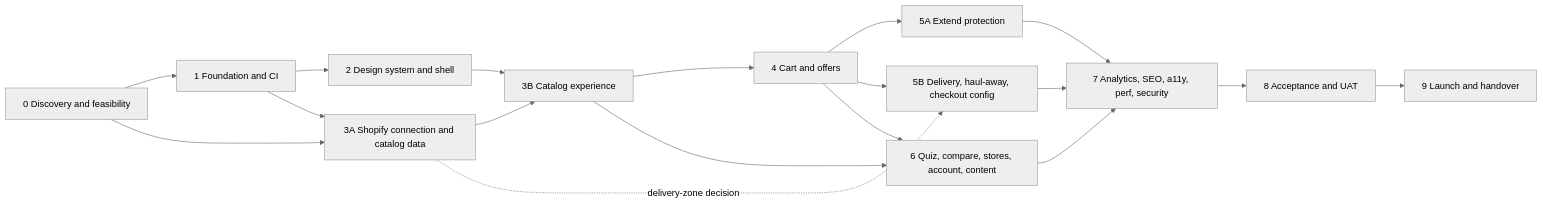
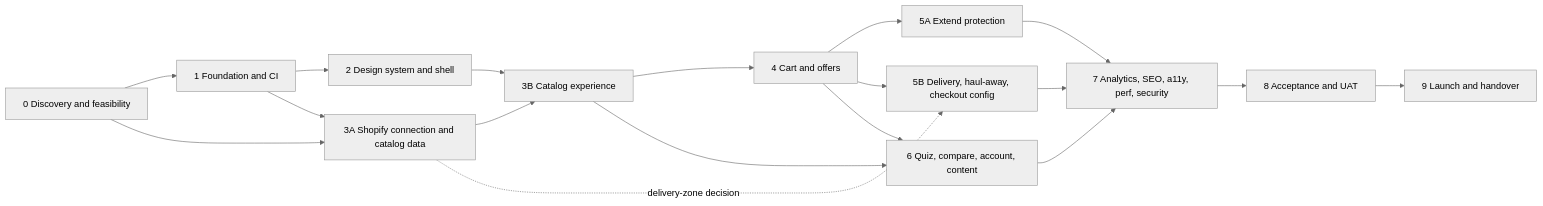
The diagram in plans/ROADMAP.md (ShubhamDhimanDev/mattress-fitness), drawn with Mermaid (neutral theme) before and after one commit. The commit also changed other lines of this file and 49 other files, not shown here.

````diff
--- a/plans/ROADMAP.md
+++ b/plans/ROADMAP.md
@@ -7,20 +7,20 @@
 ```mermaid
 flowchart LR
   P0[0 Discovery and feasibility] --> P1[1 Foundation and CI]
   P0 --> P3A
   P1 --> P2[2 Design system and shell]
   P1 --> P3A[3A Shopify connection and catalog data]
   P2 --> P3B[3B Catalog experience]
   P3A --> P3B
   P3B --> P4[4 Cart and offers]
   P4 --> P5A[5A Extend protection]
   P4 --> P5B[5B Delivery, haul-away, checkout config]
   P3A -. delivery-zone decision .-> P5B
-  P3B --> P6[6 Quiz, compare, stores, account, content]
+  P3B --> P6[6 Quiz, compare, account, content]
   P4 --> P6
   P5A --> P7[7 Analytics, SEO, a11y, perf, security]
   P5B --> P7
   P6 --> P7
   P7 --> P8[8 Acceptance and UAT]
   P8 --> P9[9 Launch and handover]
 ```
````
